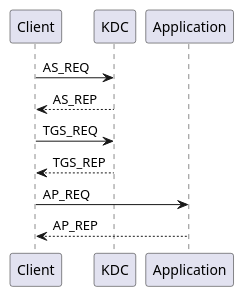
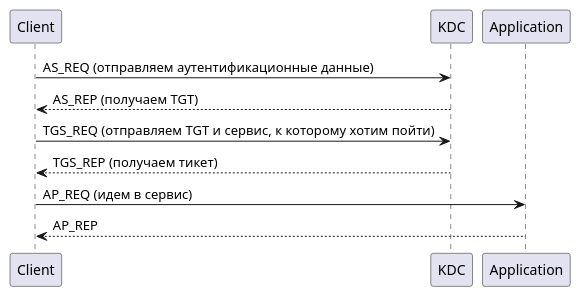
Before and after one commit to ondator/vault: the diagram in security/authn/auth-kerberos.md, drawn with PlantUML. The commit also changed other lines of this file, not shown here.

Commit message:
kerberos almost all 1

````diff
--- a/security/authn/auth-kerberos.md
+++ b/security/authn/auth-kerberos.md
@@ -9,12 +9,12 @@
 ```puml
 participant Client as c
 participant KDC as k
 participant Application as a
 
-c ->  k: AS_REQ
-k --> c: AS_REP
-c ->  k: TGS_REQ
-k --> c: TGS_REP
-c ->  a: AP_REQ
+c ->  k: AS_REQ (отправляем аутентификационные данные)
+k --> c: AS_REP (получаем TGT)
+c ->  k: TGS_REQ (отправляем TGT и сервис, к которому хотим пойти)
+k --> c: TGS_REP (получаем тикет)
+c ->  a: AP_REQ (идем в сервис)
 a --> c: AP_REP
 ```
````
